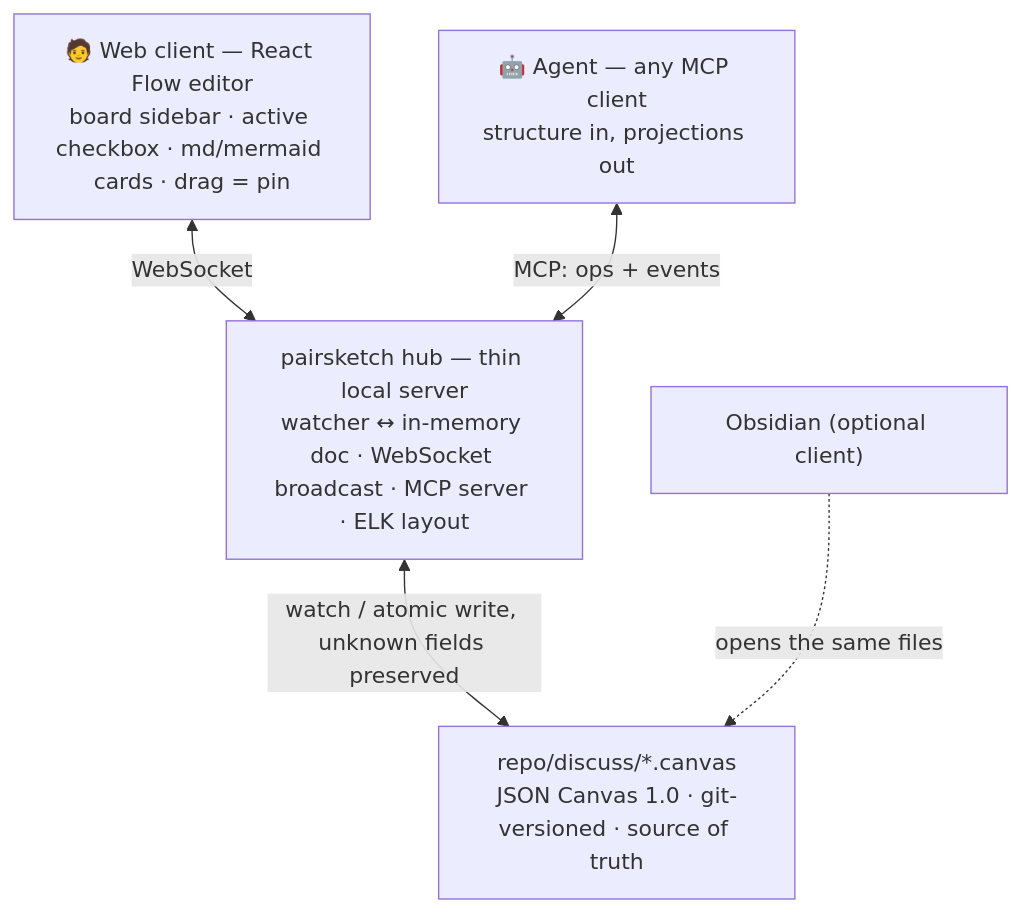
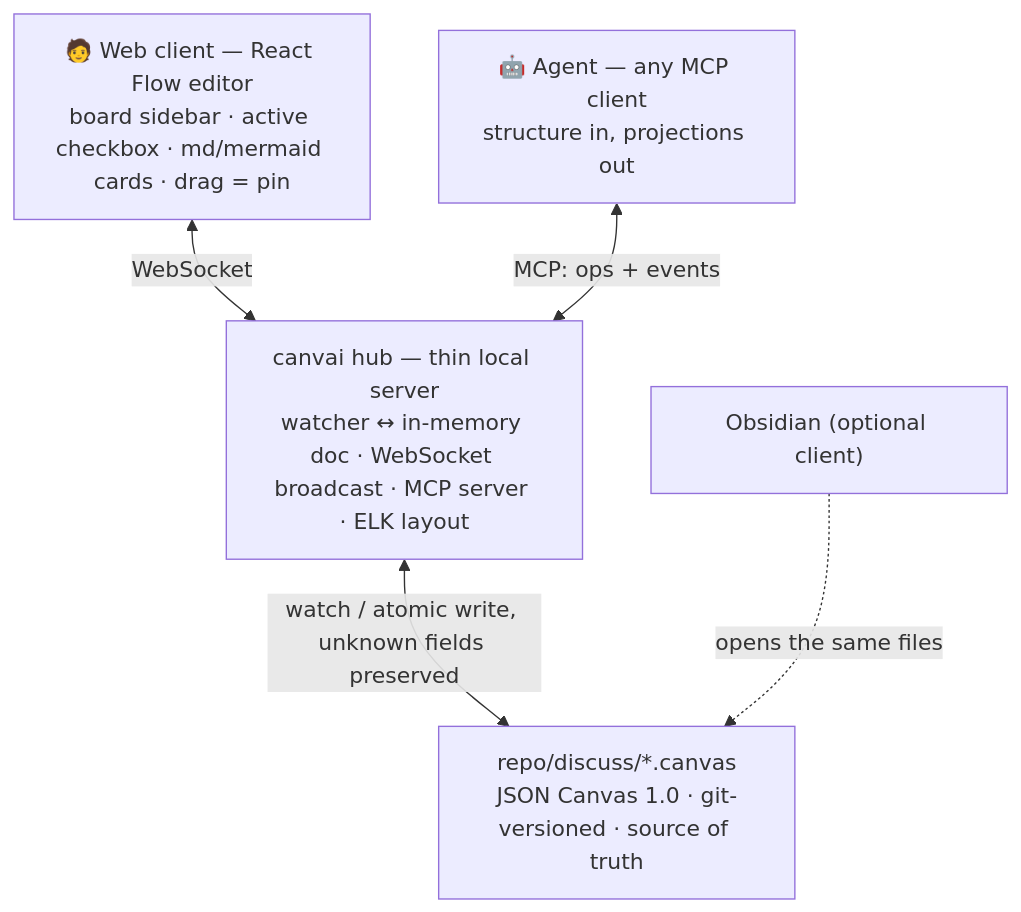
The diagram in docs/design.md (chuck00lin/canvai), drawn with Mermaid before and after one commit. The commit also changed other lines of this file and 37 other files, not shown here.

First line of the commit message:
rename: pairsketch -> canvai (canvas + AI)

````diff
--- a/docs/design.md
+++ b/docs/design.md
@@ -92,13 +92,13 @@
 ```mermaid
 flowchart TB
   W["🧑 Web client — React Flow editor<br/>board sidebar · active checkbox · md/mermaid cards · drag = pin"]
   A["🤖 Agent — any MCP client<br/>structure in, projections out"]
-  H["pairsketch hub — thin local server<br/>watcher ↔ in-memory doc · WebSocket broadcast · MCP server · ELK layout"]
+  H["canvai hub — thin local server<br/>watcher ↔ in-memory doc · WebSocket broadcast · MCP server · ELK layout"]
   F["repo/discuss/*.canvas<br/>JSON Canvas 1.0 · git-versioned · source of truth"]
   O["Obsidian (optional client)"]
 
   W <-->|WebSocket| H
   A <-->|"MCP: ops + events"| H
   H <-->|"watch / atomic write, unknown fields preserved"| F
   O -.->|"opens the same files"| F
 ```
````
